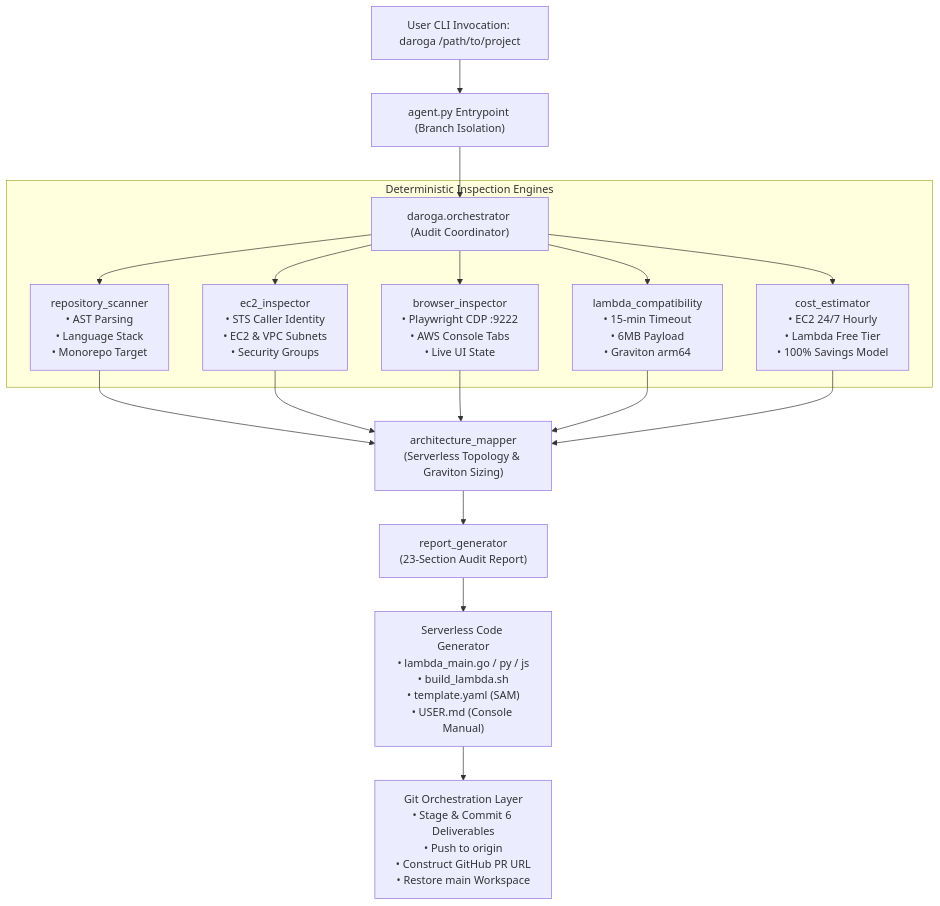
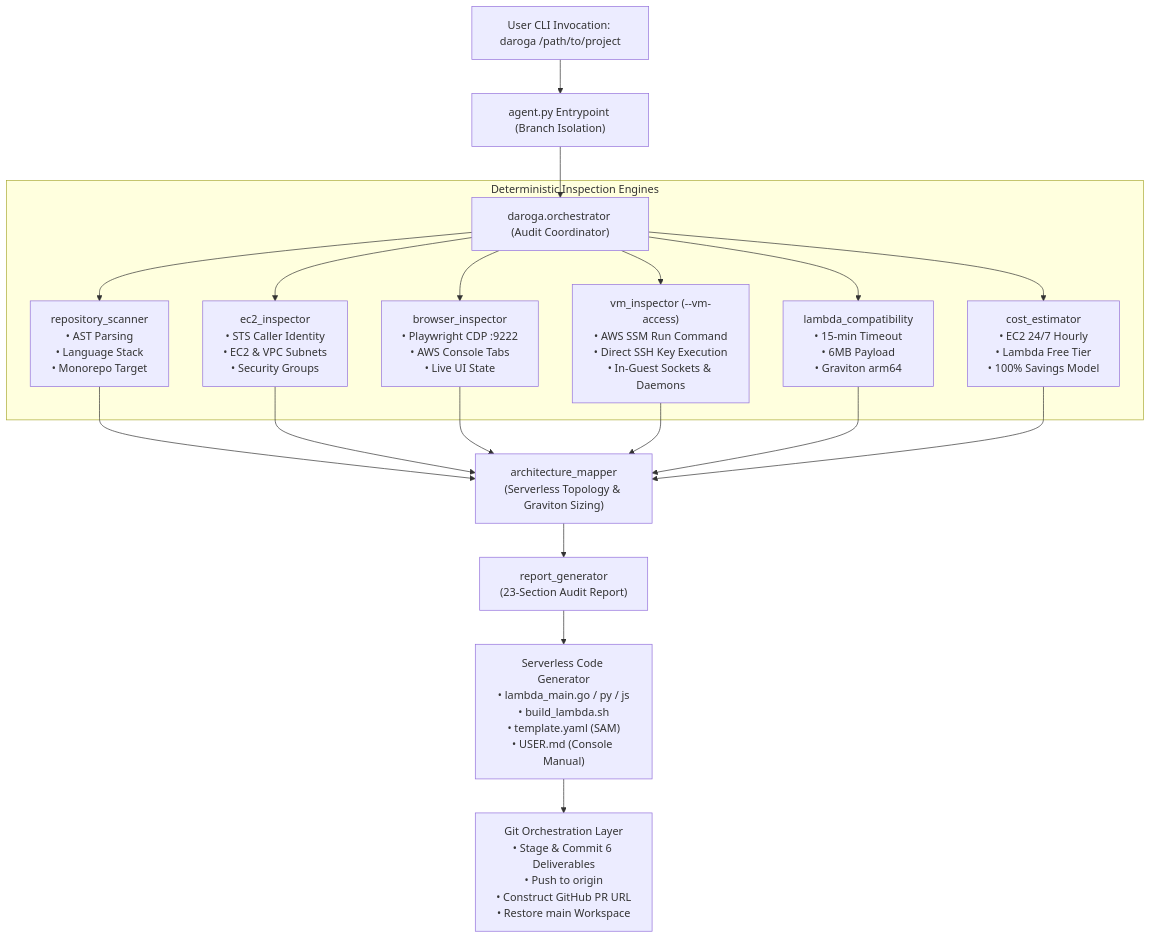
The first of 4 diagrams in docs/ARCHITECTURE.md (dhawalshankar/daroga), drawn with Mermaid before and after one commit. The commit also changed other lines of this file and 5 other files, not shown here.

Commit message:
feat(vm-access): inject live in-guest VM telemetry into LLM context, fix token compaction truncation, and update docs

````diff
--- a/docs/ARCHITECTURE.md
+++ b/docs/ARCHITECTURE.md
@@ -19,18 +19,19 @@
 ```mermaid
 flowchart TD
     User["User CLI Invocation: daroga /path/to/project"] --> Entry["agent.py Entrypoint (Branch Isolation)"]
     Entry --> Orch["daroga.orchestrator (Audit Coordinator)"]
 
     subgraph Inspectors ["Deterministic Inspection Engines"]
         Orch --> S1["repository_scanner<br/>• AST Parsing<br/>• Language Stack<br/>• Monorepo Target"]
         Orch --> S2["ec2_inspector<br/>• STS Caller Identity<br/>• EC2 & VPC Subnets<br/>• Security Groups"]
         Orch --> S3["browser_inspector<br/>• Playwright CDP :9222<br/>• AWS Console Tabs<br/>• Live UI State"]
-        Orch --> S4["lambda_compatibility<br/>• 15-min Timeout<br/>• 6MB Payload<br/>• Graviton arm64"]
-        Orch --> S5["cost_estimator<br/>• EC2 24/7 Hourly<br/>• Lambda Free Tier<br/>• 100% Savings Model"]
+        Orch --> S4["vm_inspector (--vm-access)<br/>• AWS SSM Run Command<br/>• Direct SSH Key Execution<br/>• In-Guest Sockets & Daemons"]
+        Orch --> S5["lambda_compatibility<br/>• 15-min Timeout<br/>• 6MB Payload<br/>• Graviton arm64"]
+        Orch --> S6["cost_estimator<br/>• EC2 24/7 Hourly<br/>• Lambda Free Tier<br/>• 100% Savings Model"]
     end
 
-    S1 & S2 & S3 & S4 & S5 --> Mapper["architecture_mapper<br/>(Serverless Topology & Graviton Sizing)"]
+    S1 & S2 & S3 & S4 & S5 & S6 --> Mapper["architecture_mapper<br/>(Serverless Topology & Graviton Sizing)"]
     Mapper --> RepGen["report_generator<br/>(23-Section Audit Report)"]
     RepGen --> CodeGen["Serverless Code Generator<br/>• lambda_main.go / py / js<br/>• build_lambda.sh<br/>• template.yaml (SAM)<br/>• USER.md (Console Manual)"]
     CodeGen --> GitOrch["Git Orchestration Layer<br/>• Stage & Commit 6 Deliverables<br/>• Push to origin<br/>• Construct GitHub PR URL<br/>• Restore main Workspace"]
 ```
````
